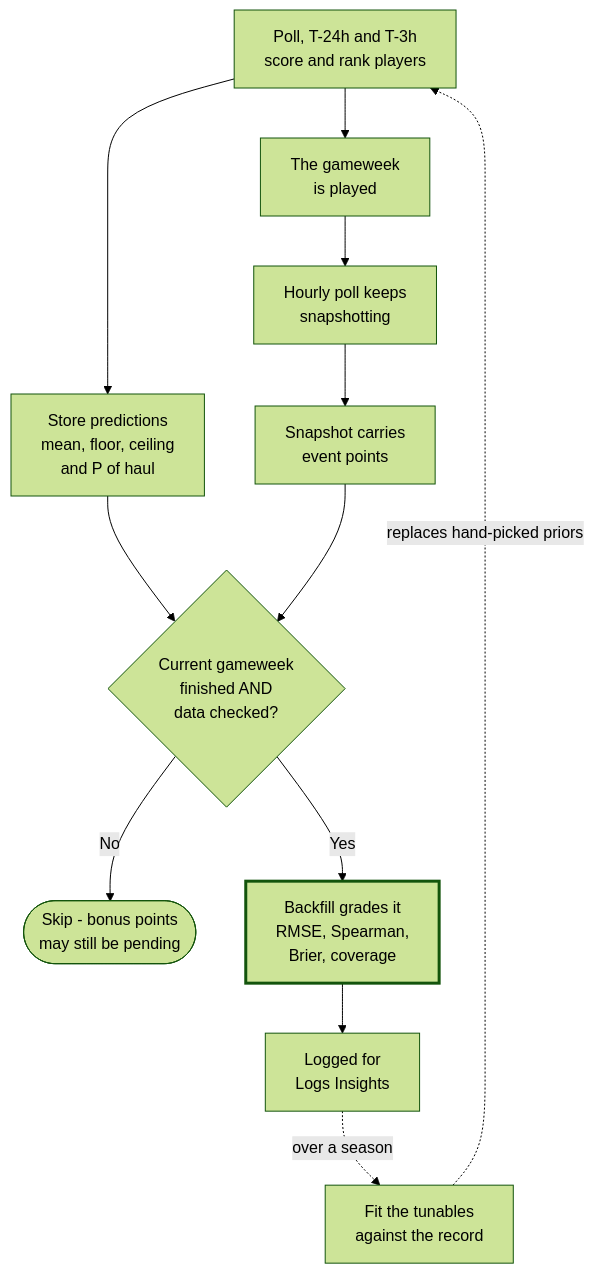
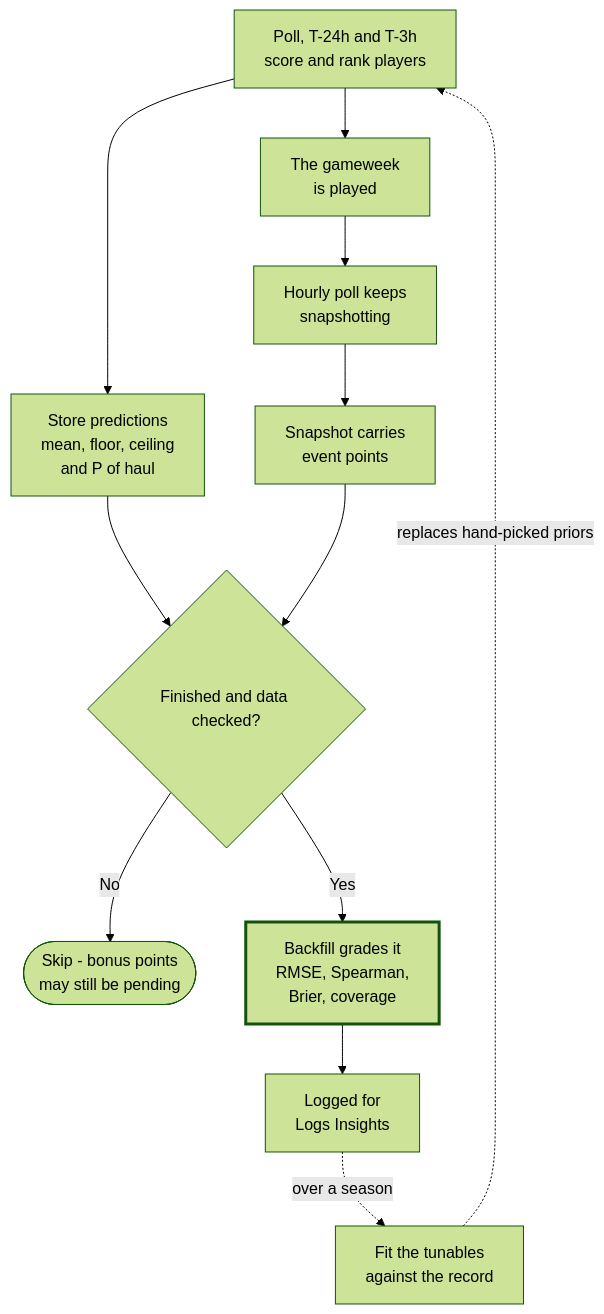
The ninth of 12 diagrams in docs/DIAGRAMS.md (MasonGallagher/FplBot), drawn with Mermaid (forest theme) before and after one commit. The commit also changed other lines of this file, not shown here.

````diff
--- a/docs/DIAGRAMS.md
+++ b/docs/DIAGRAMS.md
@@ -349,25 +349,25 @@
 ```mermaid
 flowchart TD
     P1["Poll, T-24h and T-3h<br/>score and rank players"]
     P2["Store predictions<br/>mean, floor, ceiling<br/>and P of haul"]
     M["The gameweek<br/>is played"]
     P3["Hourly poll keeps<br/>snapshotting"]
     P4["Snapshot carries<br/>event points"]
-    B{"Current gameweek<br/>finished AND<br/>data checked?"}
+    B{"Finished and data checked?"}
     SKIP(["Skip - bonus points<br/>may still be pending"])
     G["Backfill grades it<br/>RMSE, Spearman,<br/>Brier, coverage"]
     L["Logged for<br/>Logs Insights"]
     FIT["Fit the tunables<br/>against the record"]
 
     P1 --> P2
     P1 --> M --> P3 --> P4
     P2 --> B
     P4 --> B
     B -->|"No"| SKIP
     B -->|"Yes"| G --> L
     L -.->|"over a season"| FIT
     FIT -.->|"replaces hand-picked priors"| P1
 
     classDef emphasis stroke-width:3px
     class G emphasis
 ```
````
